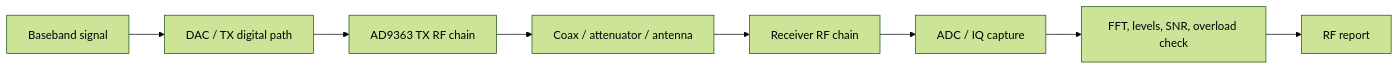
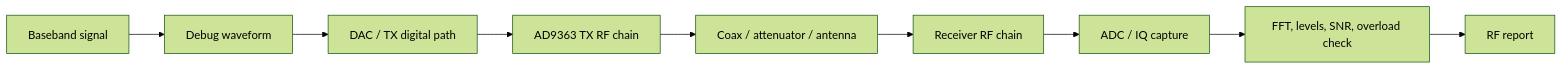
The first of 2 diagrams in blocks/block_06_rf_frontend_and_ad9363/rf_frontend_workflow_ru.md (Lay007/zynq-sdr-course), drawn with Mermaid (forest theme) before and after one commit. The commit also changed other lines of this file, not shown here.

Commit message:
docs: connect Russian RF workflow to debug waveform design

````diff
--- a/blocks/block_06_rf_frontend_and_ad9363/rf_frontend_workflow_ru.md
+++ b/blocks/block_06_rf_frontend_and_ad9363/rf_frontend_workflow_ru.md
@@ -7,10 +7,11 @@
 ```mermaid
 flowchart LR
-    BB[Baseband signal] --> DAC[DAC / TX digital path]
+    BB[Baseband signal] --> DBG[Debug waveform]
+    DBG --> DAC[DAC / TX digital path]
     DAC --> TXRF[AD9363 TX RF chain]
     TXRF --> PATH[Coax / attenuator / antenna]
     PATH --> RXRF[Receiver RF chain]
     RXRF --> ADC[ADC / IQ capture]
     ADC --> ANALYSIS[FFT, levels, SNR, overload check]
     ANALYSIS --> REPORT[RF report]
 ```
````
